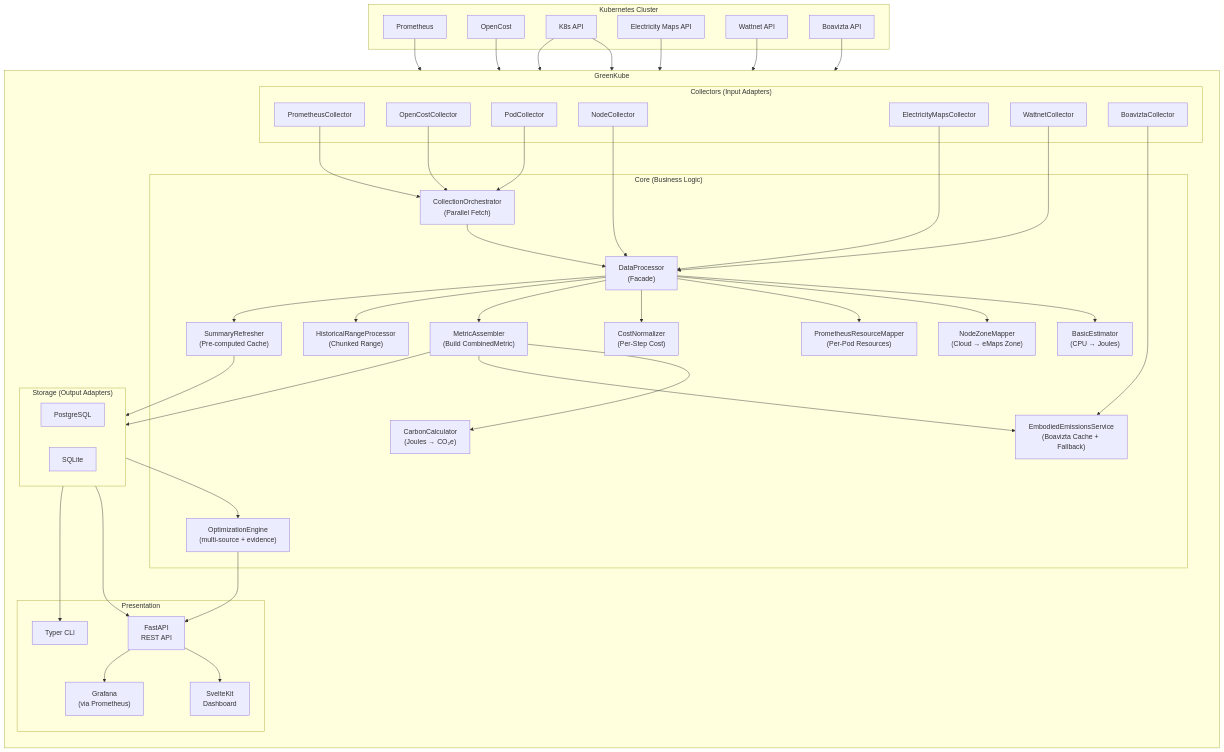
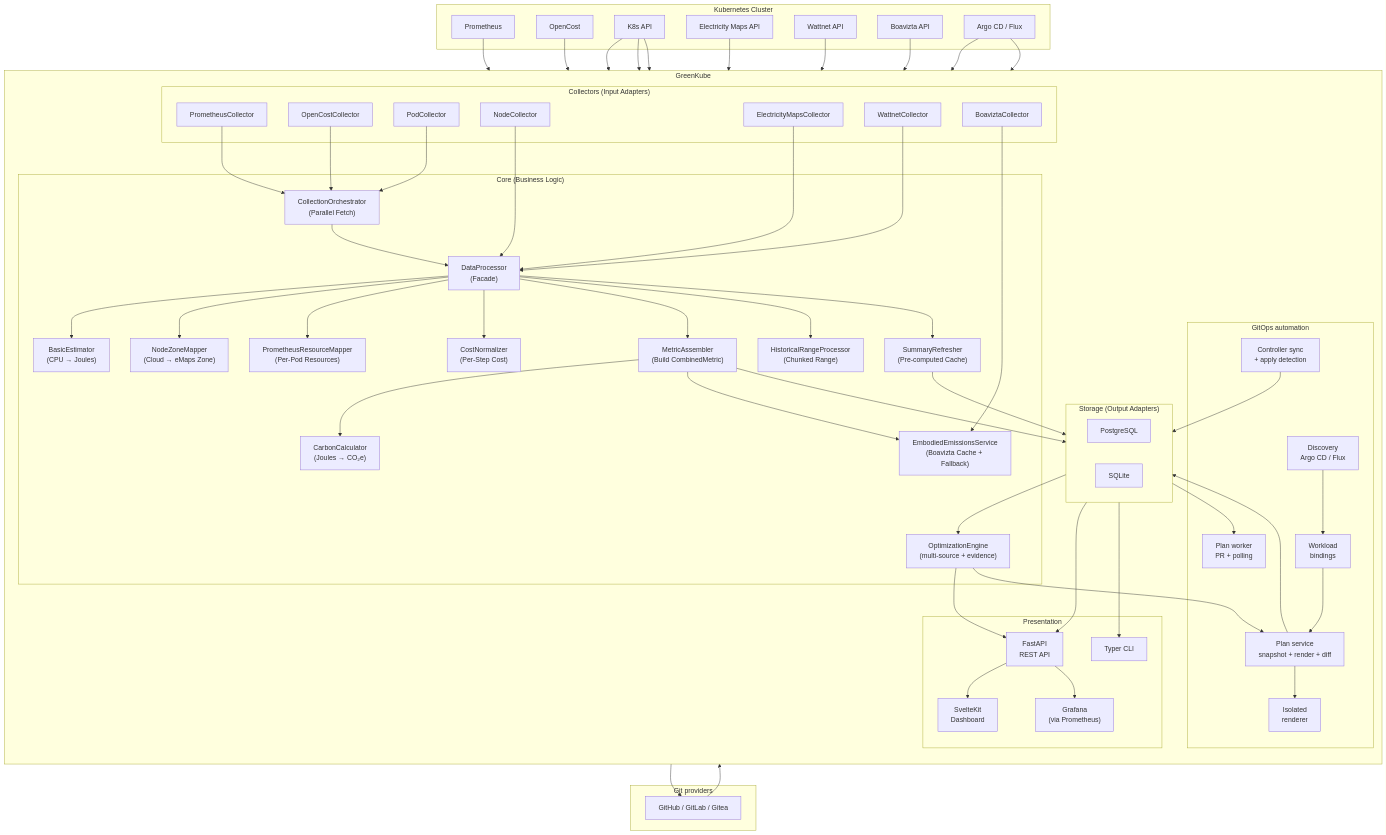
Before and after one commit to GreenKubeCloud/GreenKube: the diagram in docs/architecture.md, drawn with Mermaid. The commit also changed other lines of this file and 21 other files, not shown here.

````diff
--- a/docs/architecture.md
+++ b/docs/architecture.md
@@ -13,6 +13,11 @@
         EM["Electricity Maps API"]
         WN["Wattnet API"]
         Boavizta["Boavizta API"]
+        GITOPS["Argo CD / Flux"]
+    end
+
+    subgraph External["Git providers"]
+        GIT["GitHub / GitLab / Gitea"]
     end
 
     subgraph GreenKube["GreenKube"]
@@ -45,6 +50,15 @@
         subgraph Storage["Storage (Output Adapters)"]
             PG["PostgreSQL"]
             SQLite["SQLite"]
+        end
+
+        subgraph Automation["GitOps automation"]
+            Disc["Discovery<br/>Argo CD / Flux"]
+            Bind["Workload<br/>bindings"]
+            PlanSvc["Plan service<br/>snapshot + render + diff"]
+            Renderer["Isolated<br/>renderer"]
+            Worker["Plan worker<br/>PR + polling"]
+            Sync["Controller sync<br/>+ apply detection"]
         end
 
         subgraph Presentation["Presentation"]
@@ -92,4 +106,16 @@
     API --> Grafana
     Storage --> Rec
     Rec --> API
+    K8sAPI --> Disc
+    GITOPS --> Disc
+    Disc --> Bind
+    Bind --> PlanSvc
+    PlanSvc --> Renderer
+    PlanSvc --> Storage
+    Worker --> GIT
+    GIT --> Sync
+    GITOPS --> Sync
+    Sync --> Storage
+    Storage --> Worker
+    Rec --> PlanSvc
 ```
````
